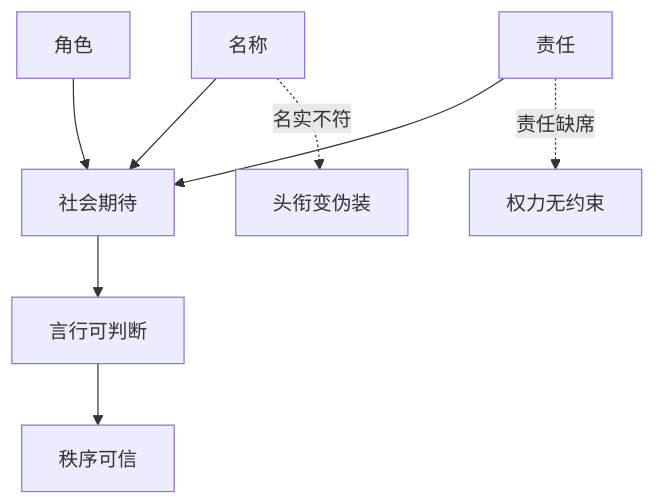
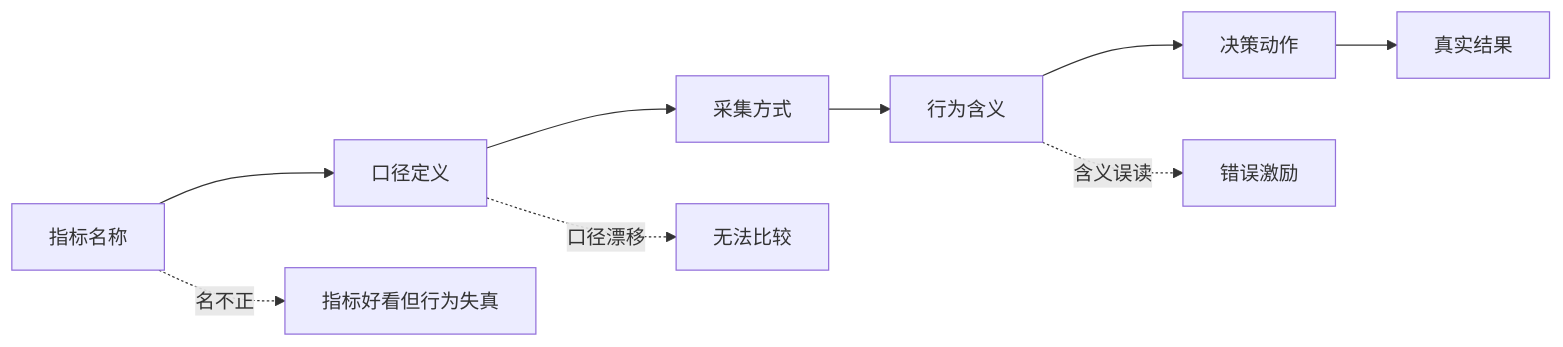
Before and after one commit to digoal/blog: the third of 3 diagrams in 202605/20260518_26.md, drawn with Mermaid. The commit also changed other lines of this file and 26 other files, not shown here.

````diff
--- a/202605/20260518_26.md
+++ b/202605/20260518_26.md
@@ -22,10 +212,12 @@
 ```mermaid
-flowchart TD
-  A["名称"] --> D["社会期待"]
-  B["角色"] --> D
-  C["责任"] --> D
-  D --> E["言行可判断"]
-  E --> F["秩序可信"]
-  A -. "名实不符" .-> G["头衔变伪装"]
-  C -. "责任缺席" .-> H["权力无约束"]
+flowchart LR
+  A["指标名称"] --> B["口径定义"]
+  B --> C["采集方式"]
+  C --> D["行为含义"]
+  D --> E["决策动作"]
+  E --> F["真实结果"]
+
+  A -. "名不正" .-> G["指标好看但行为失真"]
+  B -. "口径漂移" .-> H["无法比较"]
+  D -. "含义误读" .-> I["错误激励"]
 ```
````
